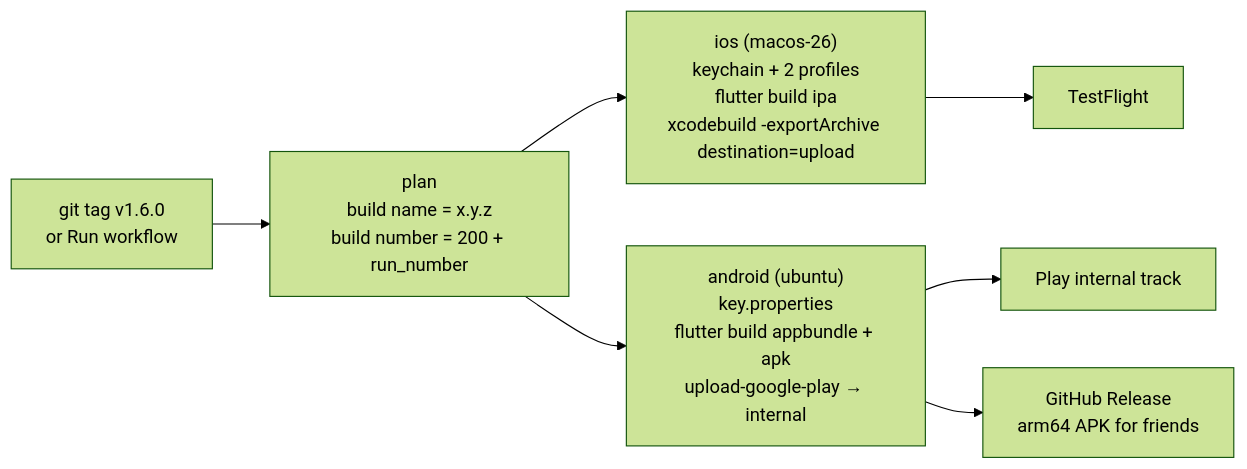
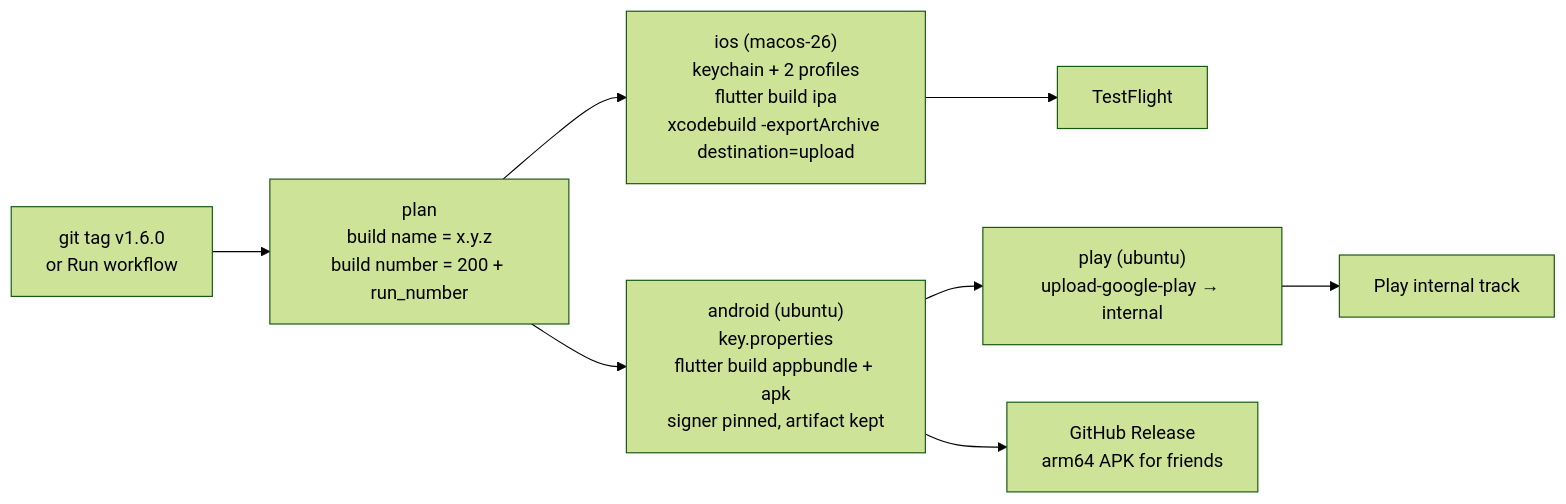
One commit to AkiyamaKunka/Chopstats changed the diagram in docs/RELEASING.md. Above: the diagram before and after it, drawn with Mermaid (forest theme). The commit also changed other lines of this file and 3 other files, not shown here.

````diff
--- a/docs/RELEASING.md
+++ b/docs/RELEASING.md
@@ -22,9 +22,10 @@
 ```mermaid
 flowchart LR
     Tag["git tag v1.6.0<br/>or Run workflow"] --> Plan["plan<br/>build name = x.y.z<br/>build number = 200 + run_number"]
     Plan --> iOS["ios (macos-26)<br/>keychain + 2 profiles<br/>flutter build ipa<br/>xcodebuild -exportArchive destination=upload"]
-    Plan --> And["android (ubuntu)<br/>key.properties<br/>flutter build appbundle + apk<br/>upload-google-play → internal"]
+    Plan --> And["android (ubuntu)<br/>key.properties<br/>flutter build appbundle + apk<br/>signer pinned, artifact kept"]
     iOS --> TF["TestFlight"]
-    And --> Play["Play internal track"]
+    And --> PlayJob["play (ubuntu)<br/>upload-google-play → internal"]
+    PlayJob --> Play["Play internal track"]
     And --> GH["GitHub Release<br/>arm64 APK for friends"]
 ```
````
